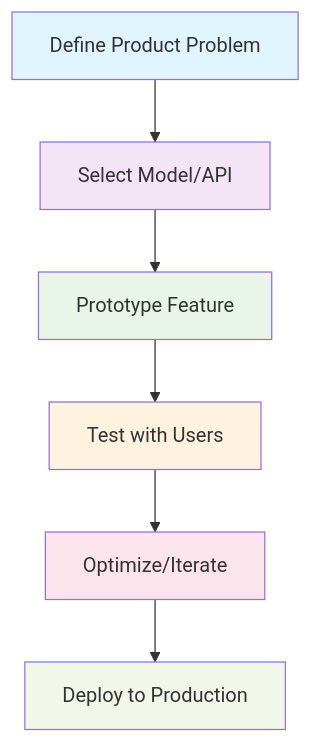
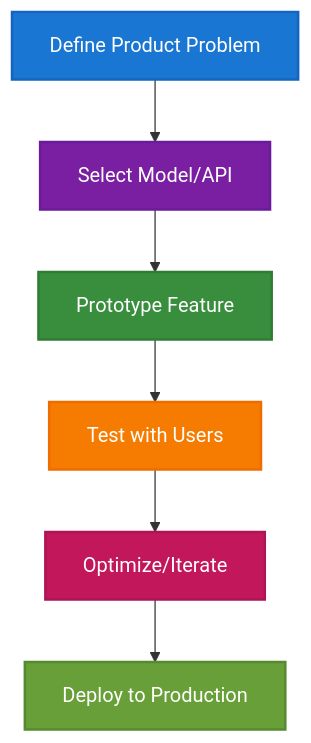
One commit to khaosans/articles changed the first of 3 diagrams in ai_developer_enterprise.md. Above: the diagram before and after it, drawn with Mermaid. The commit also changed other lines of this file and 5 other files, not shown here.

First line of the commit message:
docs: improve Mermaid diagram readability and clean up footer text

````diff
--- a/ai_developer_enterprise.md
+++ b/ai_developer_enterprise.md
@@ -33,14 +33,14 @@
 ```mermaid
 flowchart TD
     A[Define Product Problem] --> B[Select Model/API]
     B --> C[Prototype Feature]
     C --> D[Test with Users]
     D --> E[Optimize/Iterate]
     E --> F[Deploy to Production]
-    style A fill:#e1f5fe
-    style B fill:#f3e5f5
-    style C fill:#e8f5e8
-    style D fill:#fff3e0
-    style E fill:#fce4ec
-    style F fill:#f1f8e9
+    style A fill:#1976d2,stroke:#1565c0,stroke-width:2px,color:#ffffff
+    style B fill:#7b1fa2,stroke:#6a1b9a,stroke-width:2px,color:#ffffff
+    style C fill:#388e3c,stroke:#2e7d32,stroke-width:2px,color:#ffffff
+    style D fill:#f57c00,stroke:#ef6c00,stroke-width:2px,color:#ffffff
+    style E fill:#c2185b,stroke:#ad1457,stroke-width:2px,color:#ffffff
+    style F fill:#689f38,stroke:#558b2f,stroke-width:2px,color:#ffffff
 ```
````
